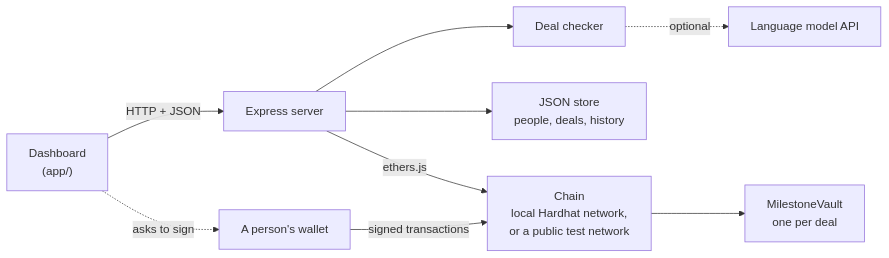
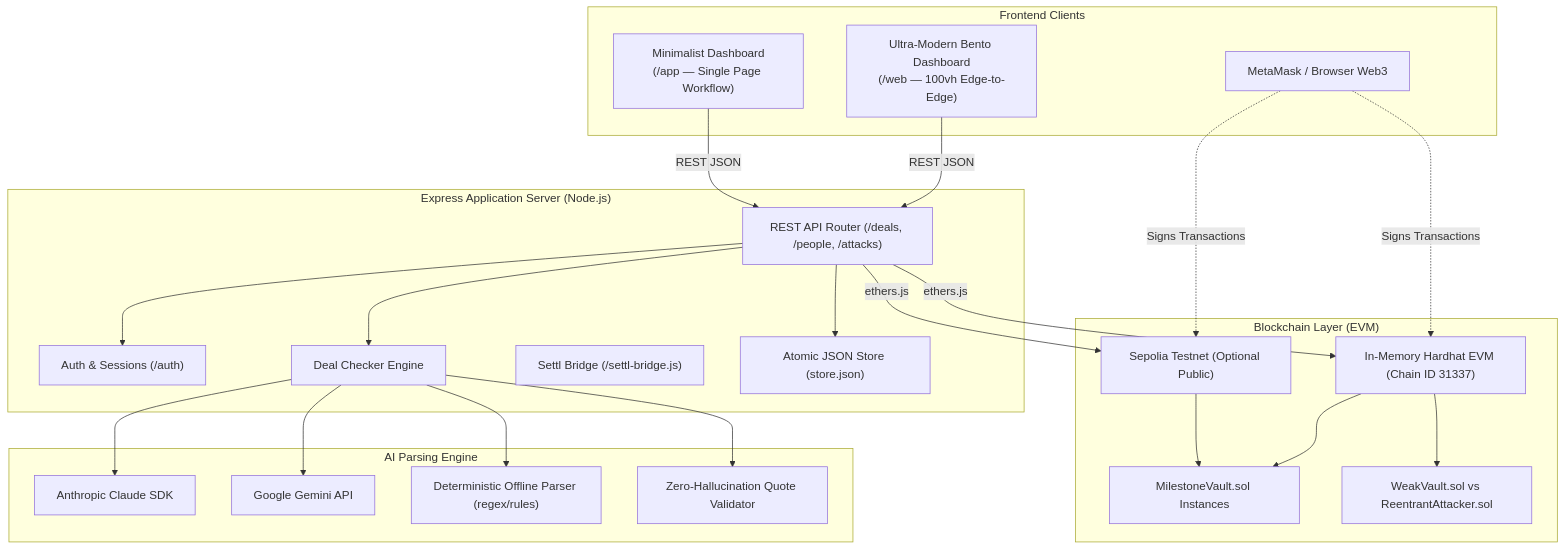
One commit to Atharvchaskar008/SETTL changed the diagram in readme.md. Above: the diagram before and after it, drawn with Mermaid. The commit also changed other lines of this file and 30 other files, not shown here.

````diff
--- a/readme.md
+++ b/readme.md
@@ -70,11 +51,50 @@
 ```mermaid
-flowchart LR
-    PAGE["Dashboard<br/>(app/)"] -->|"HTTP + JSON"| API["Express server"]
-    API --> CHECKER["Deal checker"]
-    API --> STORE["JSON store<br/>people, deals, history"]
-    API -->|"ethers.js"| CHAIN["Chain<br/>local Hardhat network,<br/>or a public test network"]
-    PAGE -.->|"asks to sign"| WALLET["A person's wallet"]
-    WALLET -->|"signed transactions"| CHAIN
-    CHAIN --> VAULT["MilestoneVault<br/>one per deal"]
-    CHECKER -.->|"optional"| MODEL["Language model API"]
+flowchart TB
+    subgraph Frontend["Frontend Clients"]
+        BENTO["Ultra-Modern Bento Dashboard<br/>(/web — 100vh Edge-to-Edge)"]
+        MINIMAL["Minimalist Dashboard<br/>(/app — Single Page Workflow)"]
+        WALLET_UI["MetaMask / Browser Web3"]
+    end
+
+    subgraph Backend["Express Application Server (Node.js)"]
+        ROUTER["REST API Router (/deals, /people, /attacks)"]
+        AUTH["Auth & Sessions (/auth)"]
+        CHECKER["Deal Checker Engine"]
+        BRIDGE["Settl Bridge (/settl-bridge.js)"]
+        STORE["Atomic JSON Store (store.json)"]
+    end
+
+    subgraph AI["AI Parsing Engine"]
+        CLAUDE["Anthropic Claude SDK"]
+        GEMINI["Google Gemini API"]
+        RULES["Deterministic Offline Parser (regex/rules)"]
+        VALIDATOR["Zero-Hallucination Quote Validator"]
+    end
+
+    subgraph Chain["Blockchain Layer (EVM)"]
+        HARDHAT["In-Memory Hardhat EVM (Chain ID 31337)"]
+        SEPOLIA["Sepolia Testnet (Optional Public)"]
+        VAULT["MilestoneVault.sol Instances"]
+        ATTACK_DEMO["WeakVault.sol vs ReentrantAttacker.sol"]
+    end
+
+    BENTO -->|"REST JSON"| ROUTER
+    MINIMAL -->|"REST JSON"| ROUTER
+    WALLET_UI -.->|"Signs Transactions"| HARDHAT
+    WALLET_UI -.->|"Signs Transactions"| SEPOLIA
+
+    ROUTER --> CHECKER
+    ROUTER --> AUTH
+    ROUTER --> STORE
+    ROUTER -->|"ethers.js"| HARDHAT
+    ROUTER -->|"ethers.js"| SEPOLIA
+
+    CHECKER --> CLAUDE
+    CHECKER --> GEMINI
+    CHECKER --> RULES
+    CHECKER --> VALIDATOR
+
+    HARDHAT --> VAULT
+    SEPOLIA --> VAULT
+    HARDHAT --> ATTACK_DEMO
 ```
````
